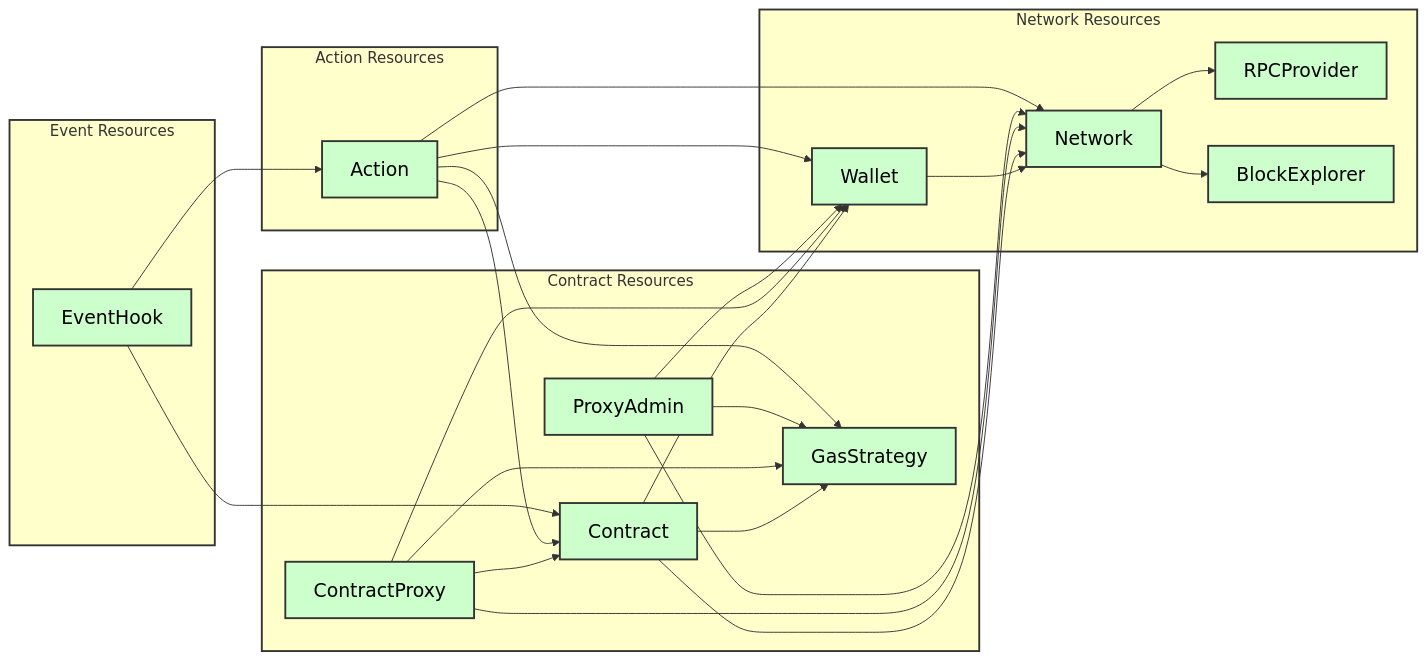
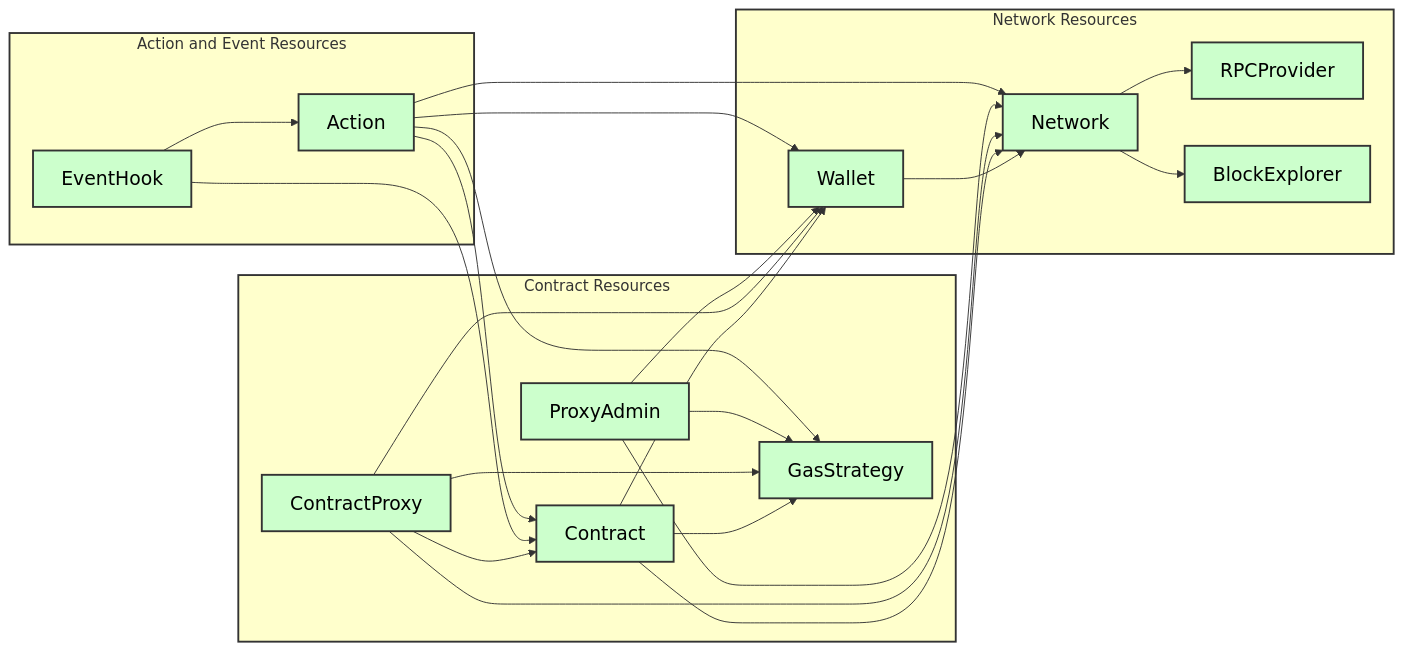
Before and after one commit to expedio-blockchain/Kontract: the diagram in README.md, drawn with Mermaid.

Commit message:
add diagram

````diff
--- a/README.md
+++ b/README.md
@@ -23,41 +23,37 @@
 ```mermaid
 graph LR
     %% Define the style for subgraph and component boxes
     classDef componentBox fill:#ccffcc,stroke:#333,stroke-width:2px,font-size:20px,color:#000;
 
     %% Grouping related resources in subgraphs with enhanced readability
     subgraph Network_Resources["Network Resources"]
         style Network_Resources fill:#ffffcc,stroke:#333,stroke-width:2px;
         Network:::componentBox --> RPCProvider:::componentBox
         Network --> BlockExplorer:::componentBox
         Wallet:::componentBox --> Network
     end
 
     subgraph Contract_Resources["Contract Resources"]
         style Contract_Resources fill:#ffffcc,stroke:#333,stroke-width:2px;
         Contract:::componentBox --> Network
         Contract --> Wallet
         Contract --> GasStrategy:::componentBox
         ContractProxy:::componentBox --> Network
         ContractProxy --> Wallet
         ContractProxy --> Contract
         ContractProxy --> GasStrategy
         ProxyAdmin:::componentBox --> Network
         ProxyAdmin --> Wallet
         ProxyAdmin --> GasStrategy
     end
 
-    subgraph Action_Resources["Action Resources"]
-        style Action_Resources fill:#ffffcc,stroke:#333,stroke-width:2px;
-        Action:::componentBox --> Contract
+    subgraph Action_Event_Resources["Action and Event Resources"]
+        style Action_Event_Resources fill:#ffffcc,stroke:#333,stroke-width:2px;
+        EventHook:::componentBox --> Action:::componentBox
+        EventHook --> Contract
+        Action --> Contract
         Action --> Network
         Action --> Wallet
         Action --> GasStrategy
     end
-
-    subgraph Event_Resources["Event Resources"]
-        style Event_Resources fill:#ffffcc,stroke:#333,stroke-width:2px;
-        EventHook:::componentBox --> Action
-        EventHook --> Contract
-    end
 ```
````
